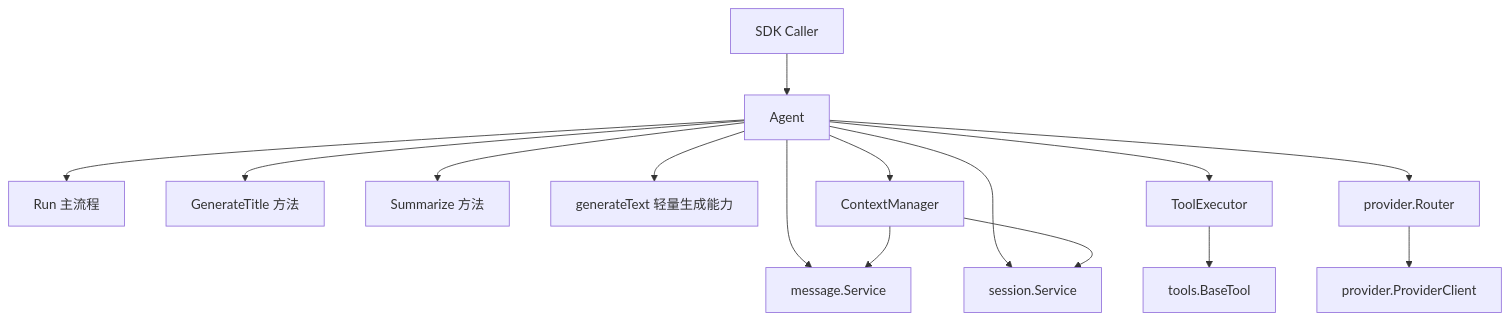
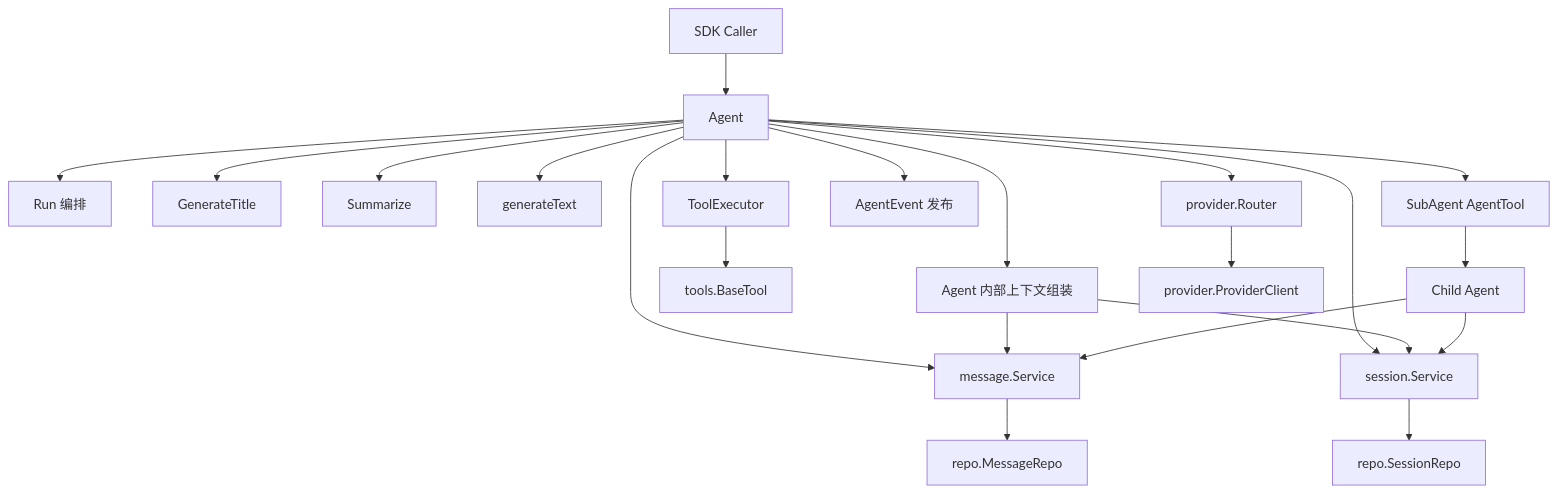
Before and after one commit to fengxiaozi-liu/AgentSdk: the third of 8 diagrams in docs/agent-current-issues.md, drawn with Mermaid. The commit also changed other lines of this file and 1 other file, not shown here.

````diff
--- a/docs/agent-current-issues.md
+++ b/docs/agent-current-issues.md
@@ -76,19 +92,26 @@
 ```mermaid
 flowchart TD
     Caller[SDK Caller] --> Agent[Agent]
 
-    Agent --> RunLoop[Run 主流程]
-    Agent --> TitleMethod[GenerateTitle 方法]
-    Agent --> SummaryMethod[Summarize 方法]
-    Agent --> TextGen[generateText 轻量生成能力]
-    Agent --> ContextManager[ContextManager]
+    Agent --> RunLoop[Run 编排]
+    Agent --> TitleMethod[GenerateTitle]
+    Agent --> SummaryMethod[Summarize]
+    Agent --> TextGen[generateText]
+    Agent --> ContextBuild[Agent 内部上下文组装]
     Agent --> ToolExecutor[ToolExecutor]
+    Agent --> SubAgentTools[SubAgent AgentTool]
+    Agent --> EventSink[AgentEvent 发布]
     Agent --> Router[provider.Router]
     Agent --> Messages[message.Service]
     Agent --> Sessions[session.Service]
 
-    ContextManager --> Messages
-    ContextManager --> Sessions
+    ContextBuild --> Messages
+    ContextBuild --> Sessions
     ToolExecutor --> Tools[tools.BaseTool]
+    SubAgentTools --> ChildAgent[Child Agent]
+    ChildAgent --> Sessions
+    ChildAgent --> Messages
     Router --> ProviderClient[provider.ProviderClient]
+    Messages --> MessageRepo[repo.MessageRepo]
+    Sessions --> SessionRepo[repo.SessionRepo]
 ```
````
